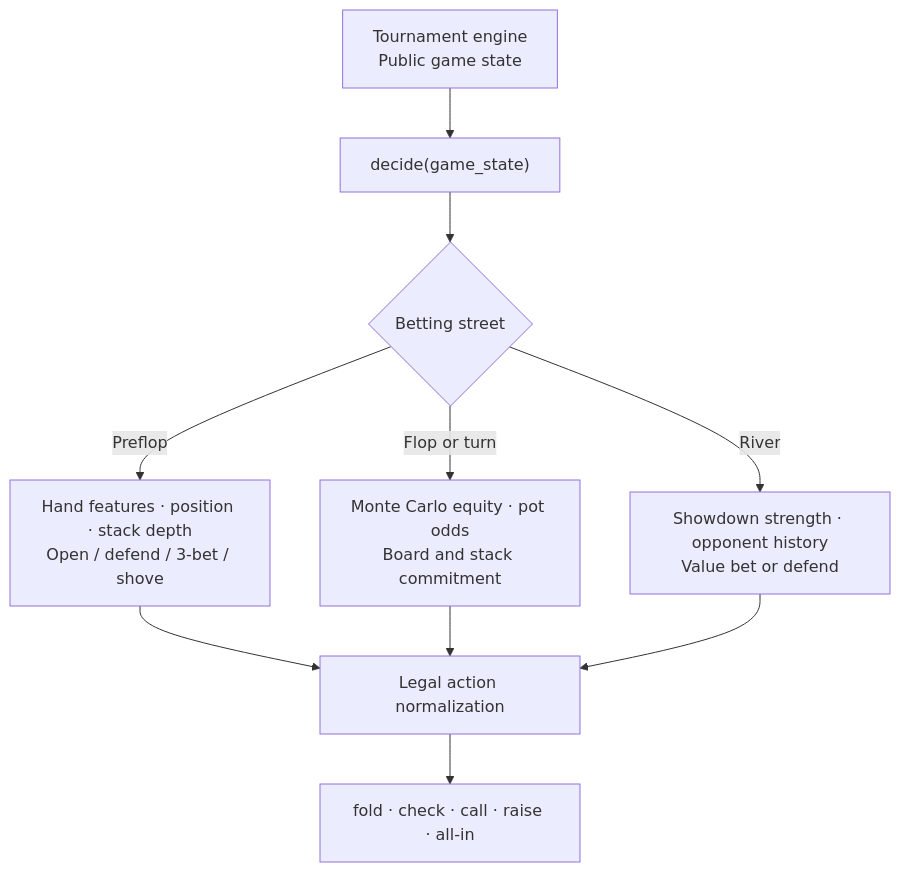
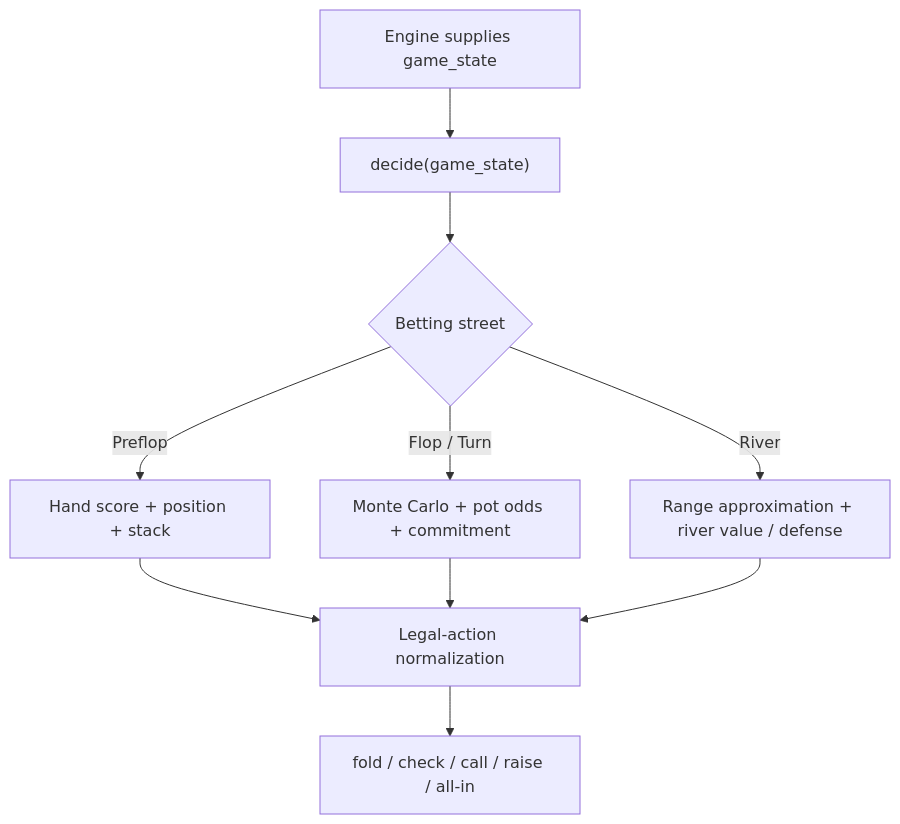
Before and after one commit to Wriskyzeus/poker-bot-hackathon: the diagram in README.md, drawn with Mermaid. The commit also changed other lines of this file, not shown here.

Commit message:
docs: present completed UO-Monte engineering project and lessons

````diff
--- a/README.md
+++ b/README.md
@@ -42,12 +43,12 @@
 ```mermaid
 flowchart TD
-    A["Tournament engine<br/>Public game state"] --> B["decide(game_state)"]
+    A["Engine supplies game_state"] --> B["decide(game_state)"]
     B --> C{"Betting street"}
-    C -->|Preflop| D["Hand features · position · stack depth<br/>Open / defend / 3-bet / shove"]
-    C -->|Flop or turn| E["Monte Carlo equity · pot odds<br/>Board and stack commitment"]
-    C -->|River| F["Showdown strength · opponent history<br/>Value bet or defend"]
-    D --> G["Legal action normalization"]
+    C -->|Preflop| D["Hand score + position + stack"]
+    C -->|Flop / Turn| E["Monte Carlo + pot odds + commitment"]
+    C -->|River| F["Range approximation + river value / defense"]
+    D --> G["Legal-action normalization"]
     E --> G
     F --> G
-    G --> H["fold · check · call · raise · all-in"]
+    G --> H["fold / check / call / raise / all-in"]
 ```
````
